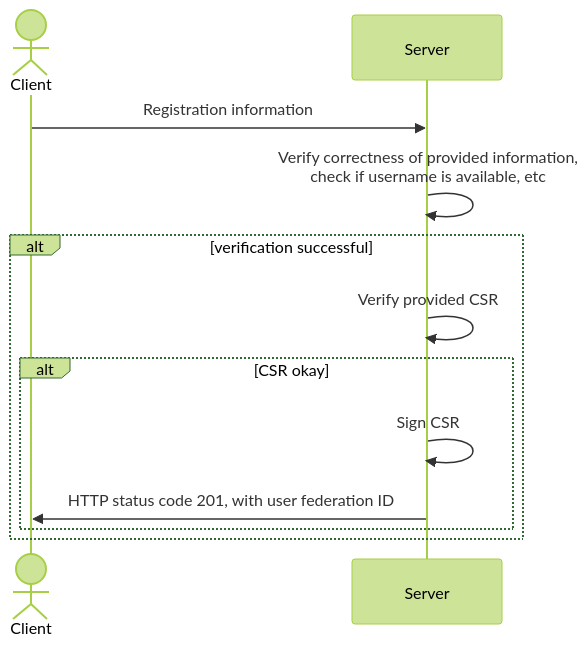
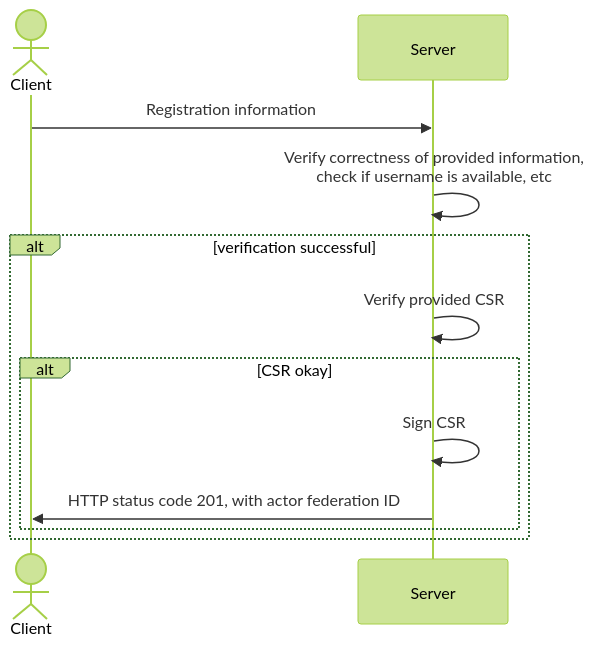
The second of 9 diagrams in SPECIFICATION.md (polyphony-chat/docs), drawn with Mermaid (forest theme) before and after one commit. The commit also changed other lines of this file and 1 other file, not shown here.

Commit message:
Use "actor" instead of "user"

````diff
--- a/SPECIFICATION.md
+++ b/SPECIFICATION.md
@@ -191,18 +191,18 @@
 ```mermaid
 sequenceDiagram
 
 actor c as Client
 participant s as Server
 
 c->>s: Registration information
 s->>s: Verify correctness of provided information,<br />check if username is available, etc
 
 alt verification successful
   s->>s: Verify provided CSR
 
   alt CSR okay
     s->>s: Sign CSR
-    s->>c: HTTP status code 201, with user federation ID
+    s->>c: HTTP status code 201, with actor federation ID
   end
 end
 ```
````
